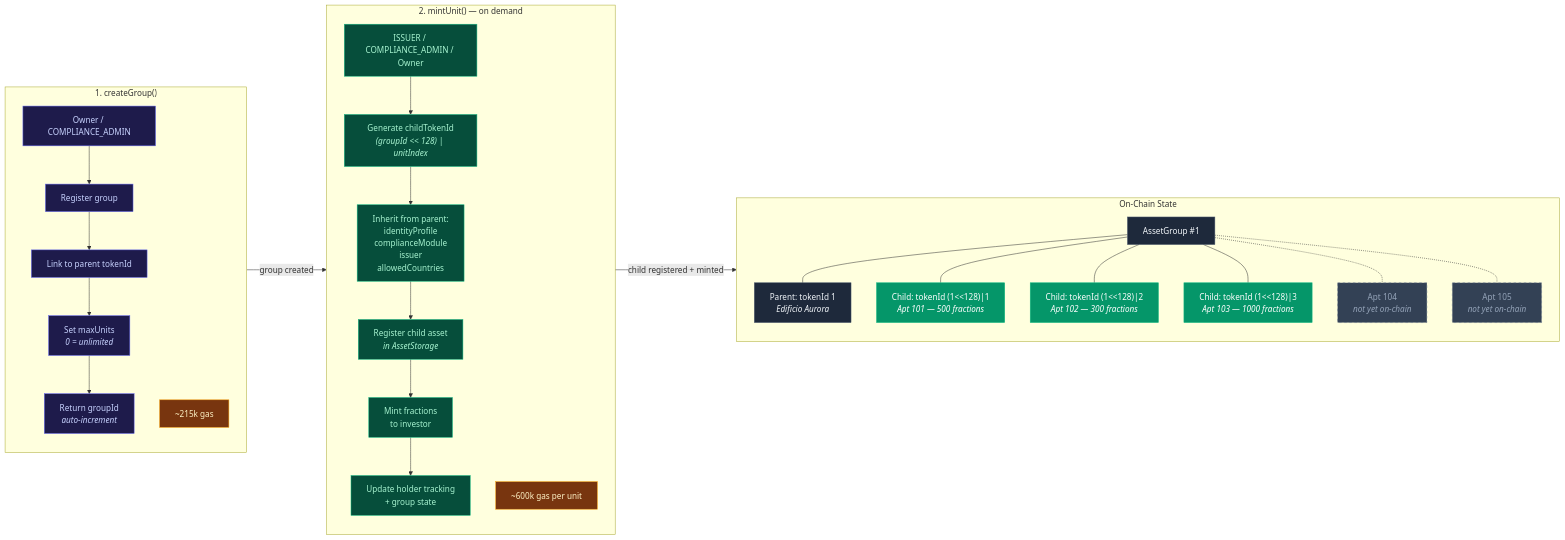
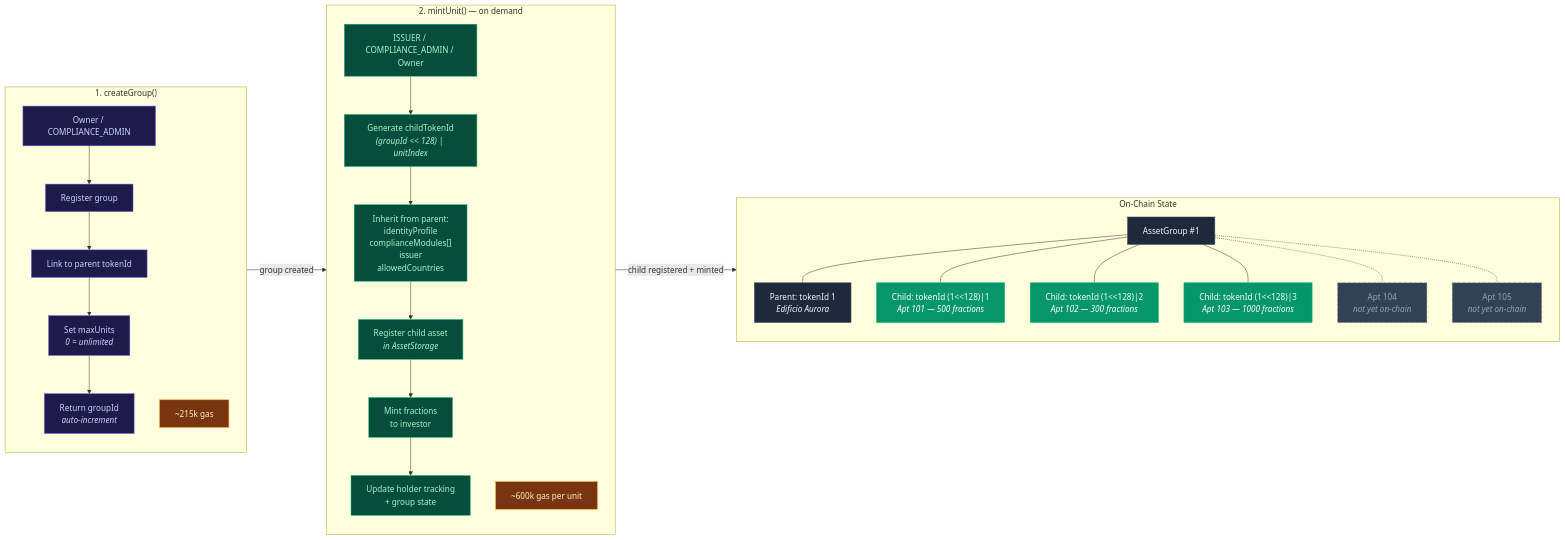
Before and after one commit to jminango20/agro-diamond-compliance: the diagram in docs/diagrams/en/03-asset-group-lazy-mint.mmd, drawn with Mermaid. The commit also changed 39 other files, not shown here.

First line of the commit message:
feat(compliance): auto-increment tokenId and multiple compliance modules per asset

```diff
--- a/docs/diagrams/en/03-asset-group-lazy-mint.mmd
+++ b/docs/diagrams/en/03-asset-group-lazy-mint.mmd
@@ -1,49 +1,49 @@
 flowchart LR
     subgraph Step1["1. createGroup()"]
         direction TB
         CG["Owner / COMPLIANCE_ADMIN"]
         CG --> REG["Register group"]
         REG --> PARENT["Link to parent tokenId"]
         PARENT --> MAX["Set maxUnits<br/><i>0 = unlimited</i>"]
         MAX --> GID["Return groupId<br/><i>auto-increment</i>"]
         COST1["~215k gas"]
     end
 
     subgraph Step2["2. mintUnit() — on demand"]
         direction TB
         MU["ISSUER / COMPLIANCE_ADMIN / Owner"]
         MU --> CHILD_ID["Generate childTokenId<br/><i>(groupId << 128) | unitIndex</i>"]
-        CHILD_ID --> INHERIT["Inherit from parent:<br/>identityProfile<br/>complianceModule<br/>issuer<br/>allowedCountries"]
+        CHILD_ID --> INHERIT["Inherit from parent:<br/>identityProfile<br/>complianceModules[]<br/>issuer<br/>allowedCountries"]
         INHERIT --> REG_CHILD["Register child asset<br/><i>in AssetStorage</i>"]
         REG_CHILD --> MINT["Mint fractions<br/>to investor"]
         MINT --> TRACK["Update holder tracking<br/>+ group state"]
         COST2["~600k gas per unit"]
     end
 
     subgraph Result["On-Chain State"]
         direction TB
         GROUP["AssetGroup #1"]
         GROUP --- P["Parent: tokenId 1<br/><i>Edificio Aurora</i>"]
         GROUP --- C1["Child: tokenId (1<<128)|1<br/><i>Apt 101 — 500 fractions</i>"]
         GROUP --- C2["Child: tokenId (1<<128)|2<br/><i>Apt 102 — 300 fractions</i>"]
         GROUP --- C3["Child: tokenId (1<<128)|3<br/><i>Apt 103 — 1000 fractions</i>"]
         GROUP -.- C4["Apt 104<br/><i>not yet on-chain</i>"]
         GROUP -.- C5["Apt 105<br/><i>not yet on-chain</i>"]
     end
 
     Step1 -->|"group created"| Step2
     Step2 -->|"child registered + minted"| Result
 
     classDef step1 fill:#1e1b4b,stroke:#6366f1,color:#c7d2fe
     classDef step2 fill:#064e3b,stroke:#10b981,color:#a7f3d0
     classDef result fill:#1e293b,stroke:#475569,color:#f1f5f9
     classDef minted fill:#059669,stroke:#10b981,color:#fff
     classDef unminted fill:#334155,stroke:#64748b,color:#94a3b8,stroke-dasharray: 5 5
     classDef cost fill:#78350f,stroke:#f59e0b,color:#fef3c7
 
     class CG,REG,PARENT,MAX,GID step1
     class MU,CHILD_ID,INHERIT,REG_CHILD,MINT,TRACK step2
     class GROUP,P result
     class C1,C2,C3 minted
     class C4,C5 unminted
     class COST1,COST2 cost
```
